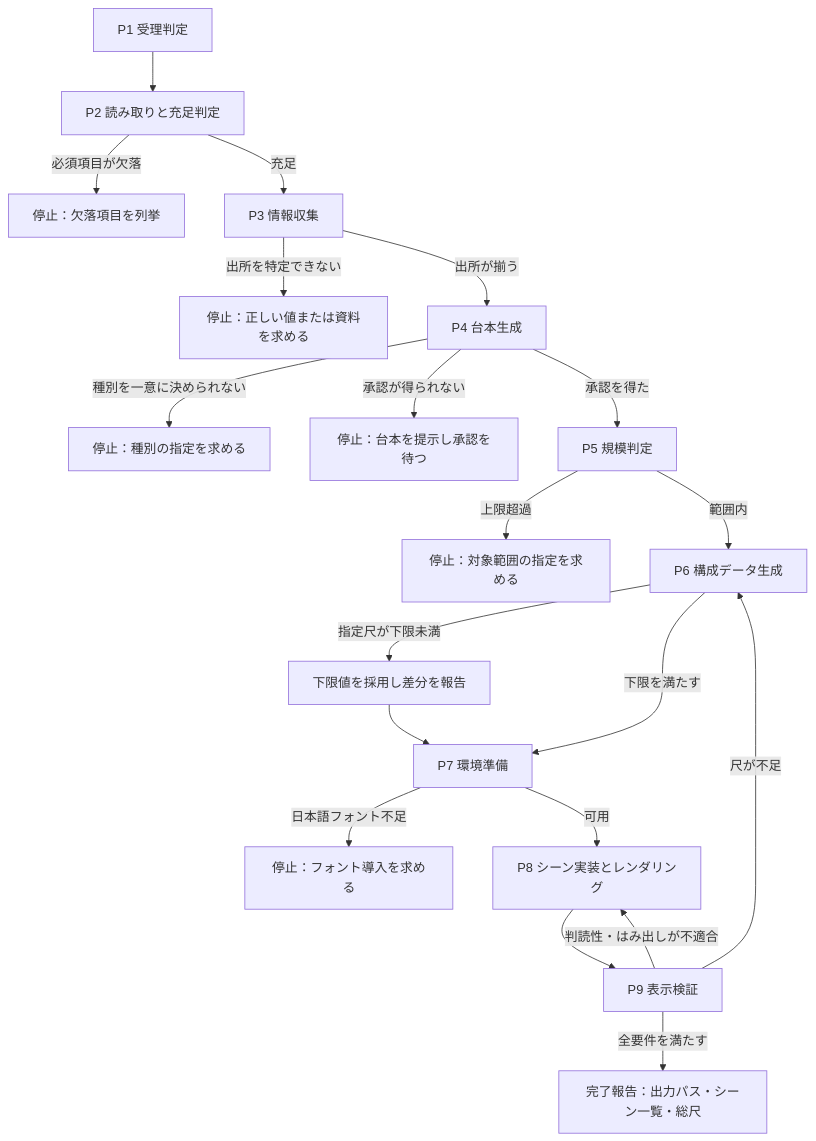
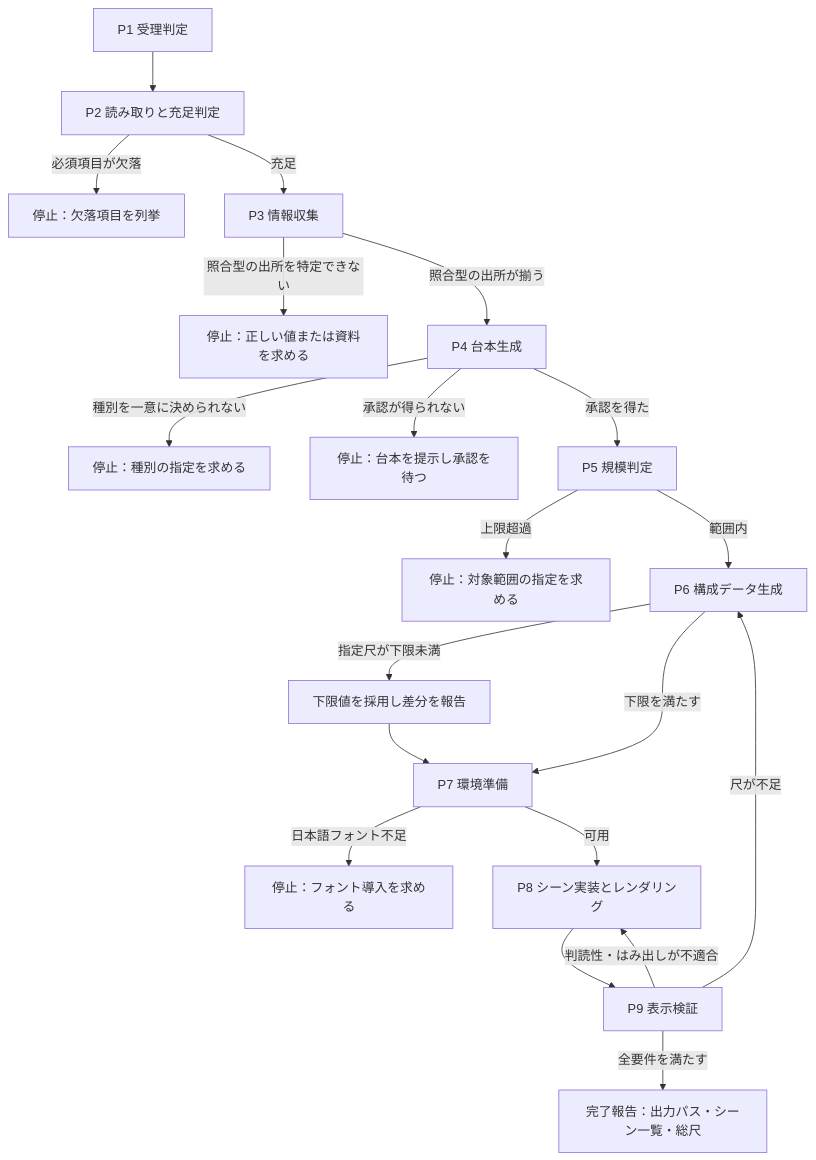
The second of 3 diagrams in requirements.md (rictaworks/spec-to-mp4-video-skill), drawn with Mermaid before and after one commit. The commit also changed other lines of this file and 3 other files, not shown here.

````diff
--- a/requirements.md
+++ b/requirements.md
@@ -303,22 +304,22 @@
 ```mermaid
 flowchart TD
     P1[P1 受理判定] --> P2[P2 読み取りと充足判定]
     P2 -->|必須項目が欠落| S1[停止：欠落項目を列挙]
     P2 -->|充足| P3[P3 情報収集]
-    P3 -->|出所を特定できない| S4[停止：正しい値または資料を求める]
-    P3 -->|出所が揃う| P4[P4 台本生成]
+    P3 -->|照合型の出所を特定できない| S4[停止：正しい値または資料を求める]
+    P3 -->|照合型の出所が揃う| P4[P4 台本生成]
     P4 -->|種別を一意に決められない| S6[停止：種別の指定を求める]
     P4 -->|承認が得られない| S5[停止：台本を提示し承認を待つ]
     P4 -->|承認を得た| P5[P5 規模判定]
     P5 -->|上限超過| S2[停止：対象範囲の指定を求める]
     P5 -->|範囲内| P6[P6 構成データ生成]
     P6 -->|指定尺が下限未満| P6B[下限値を採用し差分を報告]
     P6B --> P7[P7 環境準備]
     P6 -->|下限を満たす| P7
     P7 -->|日本語フォント不足| S3[停止：フォント導入を求める]
     P7 -->|可用| P8[P8 シーン実装とレンダリング]
     P8 --> P9[P9 表示検証]
     P9 -->|判読性・はみ出しが不適合| P8
     P9 -->|尺が不足| P6
     P9 -->|全要件を満たす| R[完了報告：出力パス・シーン一覧・総尺]
 ```
````
